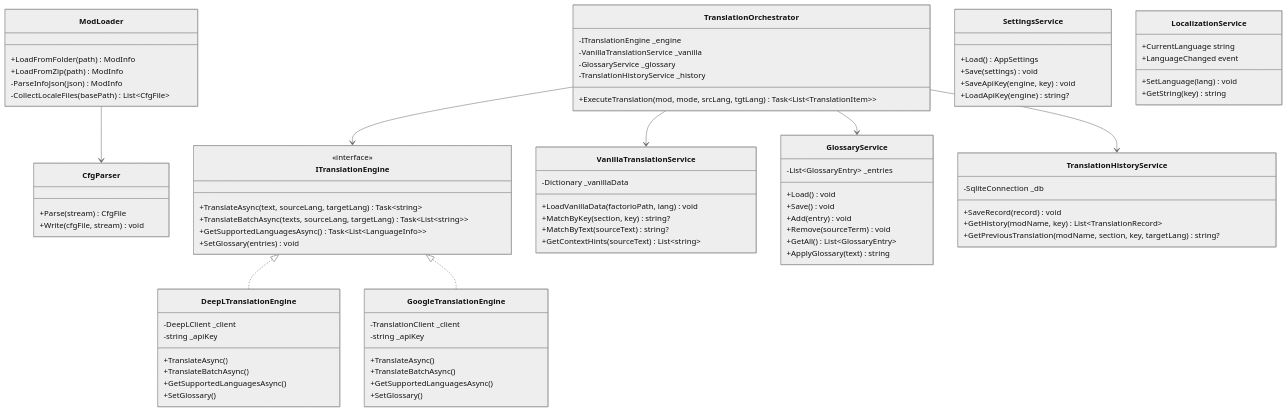
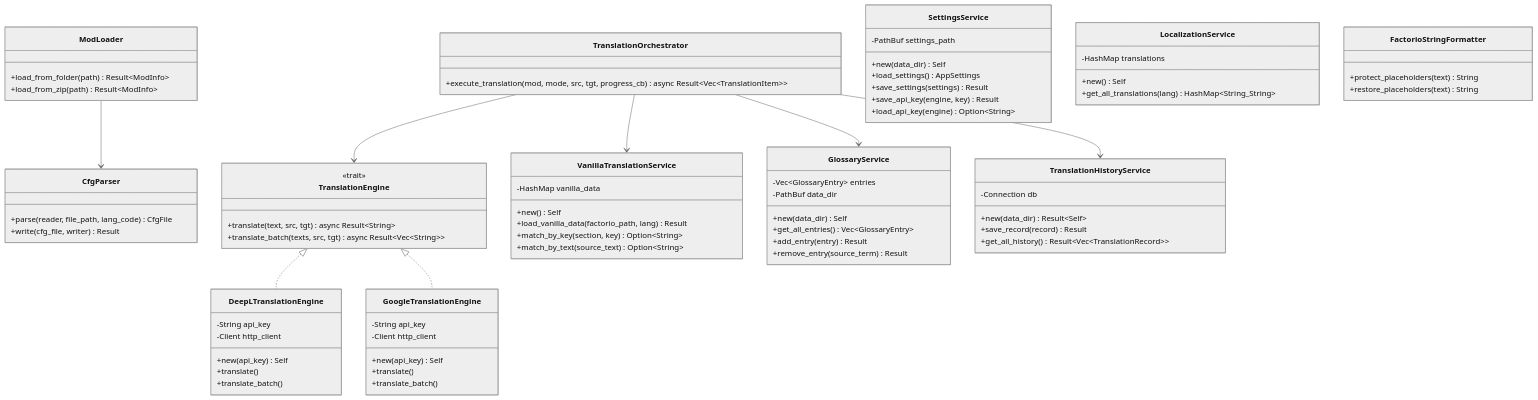
One commit to taisuk46/FactorioModTranslator changed the third of 11 diagrams in docs/design_document.md. Above: the diagram before and after it, drawn with Mermaid (neutral theme). The commit also changed other lines of this file and 75 other files, not shown here.

Commit message:
feat: Implement initial Rust/Tauri application structure with services for mod loading, translation, and application management.

```diff
--- a/docs/design_document.md
+++ b/docs/design_document.md
@@ -509,95 +483,90 @@
 classDiagram
     direction TB
 
-    class ITranslationEngine {
-        <<interface>>
-        +TranslateAsync(text, sourceLang, targetLang) Task~string~
-        +TranslateBatchAsync(texts, sourceLang, targetLang) Task~List~string~~
-        +GetSupportedLanguagesAsync() Task~List~LanguageInfo~~
-        +SetGlossary(entries) void
+    class TranslationEngine {
+        <<trait>>
+        +translate(text, src, tgt) async Result~String~
+        +translate_batch(texts, src, tgt) async Result~Vec~String~~
     }
 
     class DeepLTranslationEngine {
-        -DeepLClient _client
-        -string _apiKey
-        +TranslateAsync()
-        +TranslateBatchAsync()
-        +GetSupportedLanguagesAsync()
-        +SetGlossary()
+        -String api_key
+        -Client http_client
+        +new(api_key) Self
+        +translate()
+        +translate_batch()
     }
 
     class GoogleTranslationEngine {
-        -TranslationClient _client
-        -string _apiKey
-        +TranslateAsync()
-        +TranslateBatchAsync()
-        +GetSupportedLanguagesAsync()
-        +SetGlossary()
+        -String api_key
+        -Client http_client
+        +new(api_key) Self
+        +translate()
+        +translate_batch()
     }
 
     class CfgParser {
-        +Parse(stream) CfgFile
-        +Write(cfgFile, stream) void
+        +parse(reader, file_path, lang_code) CfgFile
+        +write(cfg_file, writer) Result
     }
 
     class ModLoader {
-        +LoadFromFolder(path) ModInfo
-        +LoadFromZip(path) ModInfo
-        -ParseInfoJson(json) ModInfo
-        -CollectLocaleFiles(basePath) List~CfgFile~
+        +load_from_folder(path) Result~ModInfo~
+        +load_from_zip(path) Result~ModInfo~
     }
 
     class VanillaTranslationService {
-        -Dictionary _vanillaData
-        +LoadVanillaData(factorioPath, lang) void
-        +MatchByKey(section, key) string?
-        +MatchByText(sourceText) string?
-        +GetContextHints(sourceText) List~string~
+        -HashMap vanilla_data
+        +new() Self
+        +load_vanilla_data(factorio_path, lang) Result
+        +match_by_key(section, key) Option~String~
+        +match_by_text(source_text) Option~String~
     }
 
     class TranslationOrchestrator {
-        -ITranslationEngine _engine
-        -VanillaTranslationService _vanilla
-        -GlossaryService _glossary
-        -TranslationHistoryService _history
-        +ExecuteTranslation(mod, mode, srcLang, tgtLang) Task~List~TranslationItem~~
+        +execute_translation(mod, mode, src, tgt, progress_cb) async Result~Vec~TranslationItem~~
     }
 
     class GlossaryService {
-        -List~GlossaryEntry~ _entries
-        +Load() void
-        +Save() void
-        +Add(entry) void
-        +Remove(sourceTerm) void
-        +GetAll() List~GlossaryEntry~
-        +ApplyGlossary(text) string
+        -Vec~GlossaryEntry~ entries
+        -PathBuf data_dir
+        +new(data_dir) Self
+        +get_all_entries() Vec~GlossaryEntry~
+        +add_entry(entry) Result
+        +remove_entry(source_term) Result
     }
 
     class TranslationHistoryService {
-        -SqliteConnection _db
-        +SaveRecord(record) void
-        +GetHistory(modName, key) List~TranslationRecord~
-        +GetPreviousTranslation(modName, section, key, targetLang) string?
+        -Connection db
+        +new(data_dir) Result~Self~
+        +save_record(record) Result
+        +get_all_history() Result~Vec~TranslationRecord~~
     }
 
     class SettingsService {
-        +Load() AppSettings
-        +Save(settings) void
-        +SaveApiKey(engine, key) void
-        +LoadApiKey(engine) string?
+        -PathBuf settings_path
+        +new(data_dir) Self
+        +load_settings() AppSettings
+        +save_settings(settings) Result
+        +save_api_key(engine, key) Result
+        +load_api_key(engine) Option~String~
     }
 
     class LocalizationService {
-        +CurrentLanguage string
-        +SetLanguage(lang) void
-        +GetString(key) string
-        +LanguageChanged event
+        -HashMap translations
+        +new() Self
+        +get_all_translations(lang) HashMap~String_String~
     }
 
-    ITranslationEngine <|.. DeepLTranslationEngine
-    ITranslationEngine <|.. GoogleTranslationEngine
+    class FactorioStringFormatter {
+        +protect_placeholders(text) String
+        +restore_placeholders(text) String
+    }
 
-    TranslationOrchestrator --> ITranslationEngine
+    TranslationEngine <|.. DeepLTranslationEngine
+    TranslationEngine <|.. GoogleTranslationEngine
+
+    TranslationOrchestrator --> TranslationEngine
     TranslationOrchestrator --> VanillaTranslationService
     TranslationOrchestrator --> GlossaryService
     TranslationOrchestrator --> TranslationHistoryService
```
